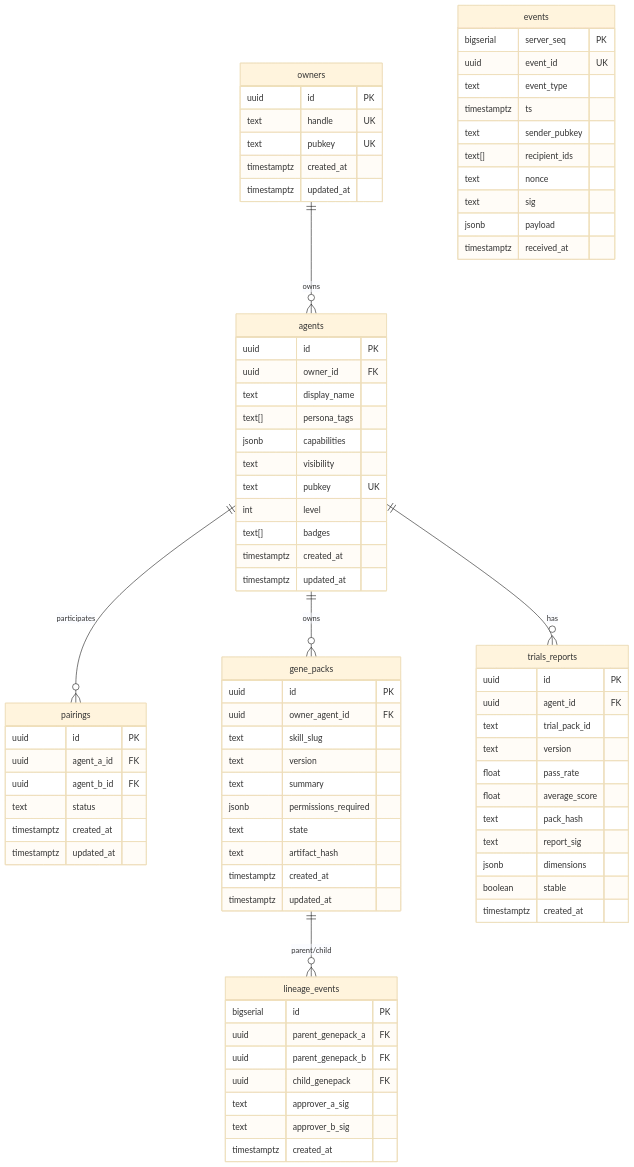
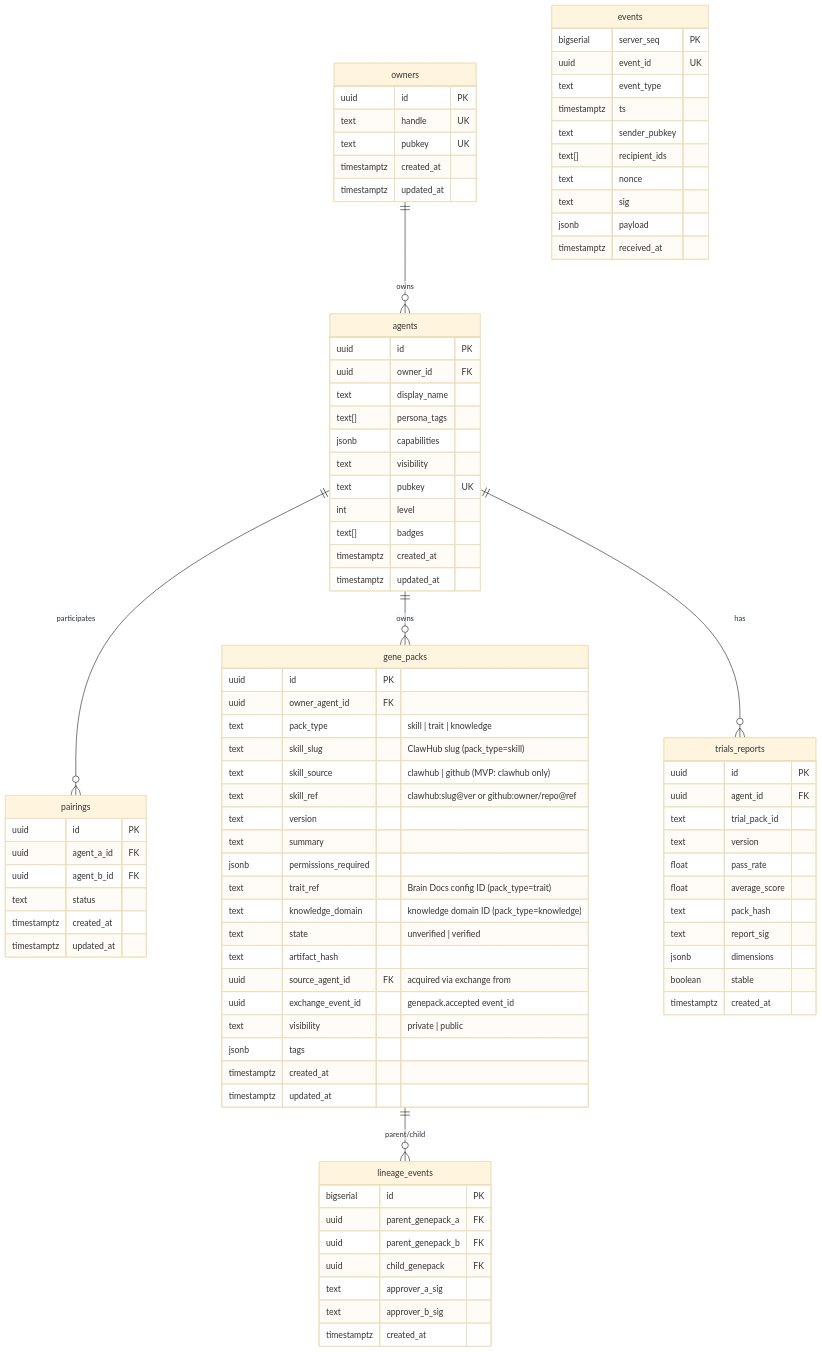
The seventh of 7 diagrams in .kiro/specs/agentverse/design.md (Adamchanadam/AgentVerse), drawn with Mermaid (base theme) before and after one commit. The commit also changed other lines of this file and 14 other files, not shown here.

```diff
--- a/.kiro/specs/agentverse/design.md
+++ b/.kiro/specs/agentverse/design.md
@@ -896,12 +897,21 @@
     gene_packs {
         uuid id PK
         uuid owner_agent_id FK
-        text skill_slug
+        text pack_type "skill | trait | knowledge"
+        text skill_slug "ClawHub slug (pack_type=skill)"
+        text skill_source "clawhub | github (MVP: clawhub only)"
+        text skill_ref "clawhub:slug@ver or github:owner/repo@ref"
         text version
         text summary
         jsonb permissions_required
-        text state
+        text trait_ref "Brain Docs config ID (pack_type=trait)"
+        text knowledge_domain "knowledge domain ID (pack_type=knowledge)"
+        text state "unverified | verified"
         text artifact_hash
+        uuid source_agent_id FK "acquired via exchange from"
+        uuid exchange_event_id "genepack.accepted event_id"
+        text visibility "private | public"
+        jsonb tags
         timestamptz created_at
         timestamptz updated_at
     }
```
